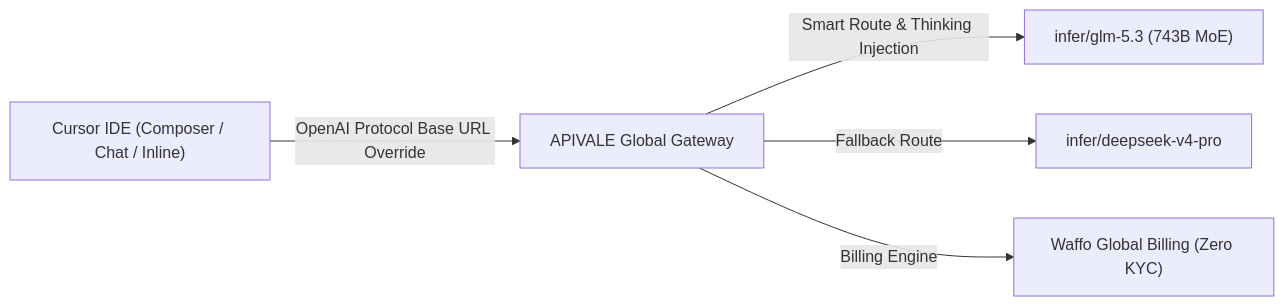
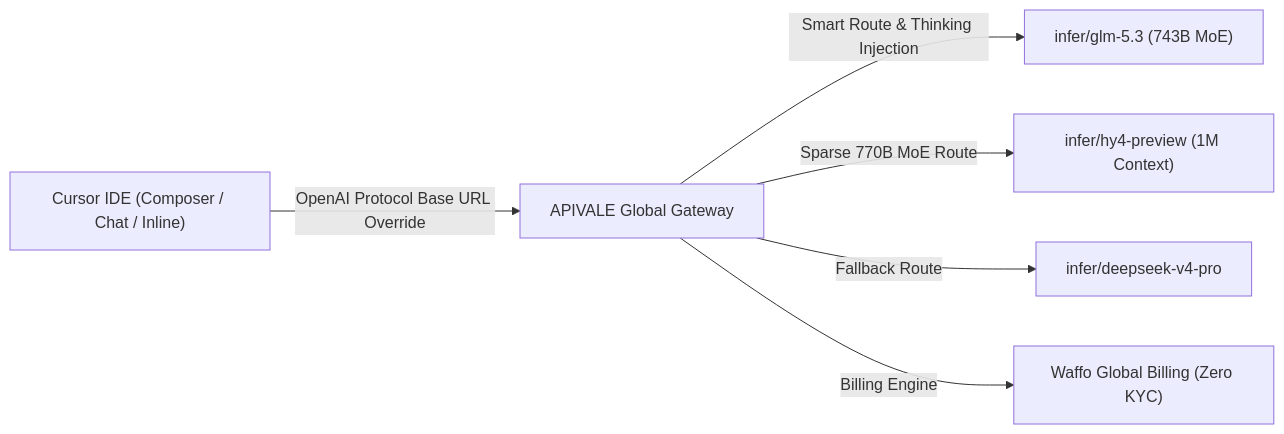
One commit to bshx2024/apivel_blog changed the diagram in src/content/blog/connect-glm-5-3-to-claude-code-cli-cursor.md. Above: the diagram before and after it, drawn with Mermaid. The commit also changed other lines of this file and 4 other files, not shown here.

````diff
--- a/src/content/blog/connect-glm-5-3-to-claude-code-cli-cursor.md
+++ b/src/content/blog/connect-glm-5-3-to-claude-code-cli-cursor.md
@@ -56,7 +56,8 @@
 ```mermaid
 graph LR
     A["Cursor IDE (Composer / Chat / Inline)"] -->|OpenAI Protocol Base URL Override| B["APIVALE Global Gateway"]
     B -->|Smart Route & Thinking Injection| C["infer/glm-5.3 (743B MoE)"]
+    B -->|Sparse 770B MoE Route| F["infer/hy4-preview (1M Context)"]
     B -->|Fallback Route| D["infer/deepseek-v4-pro"]
     B -->|Billing Engine| E["Waffo Global Billing (Zero KYC)"]
 ```
````
